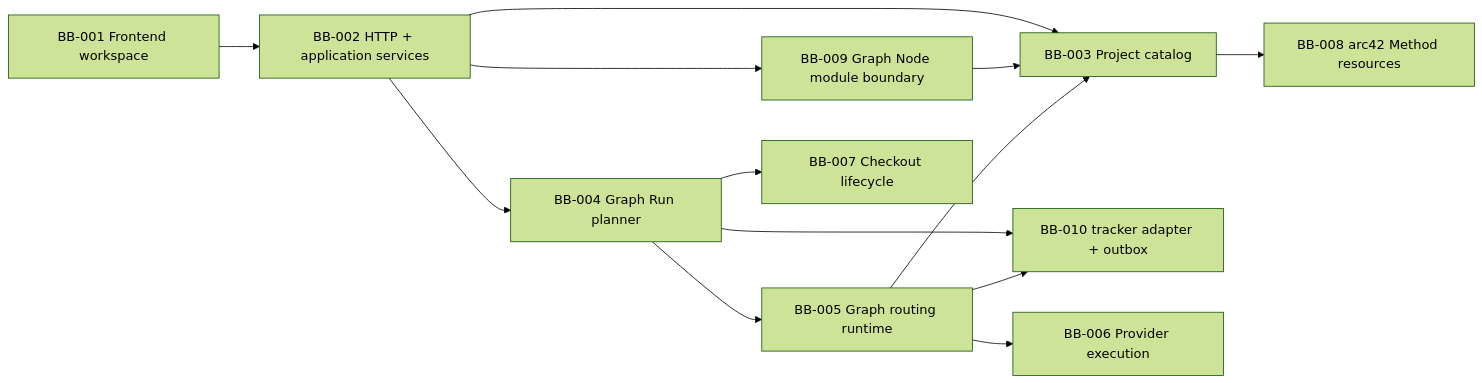
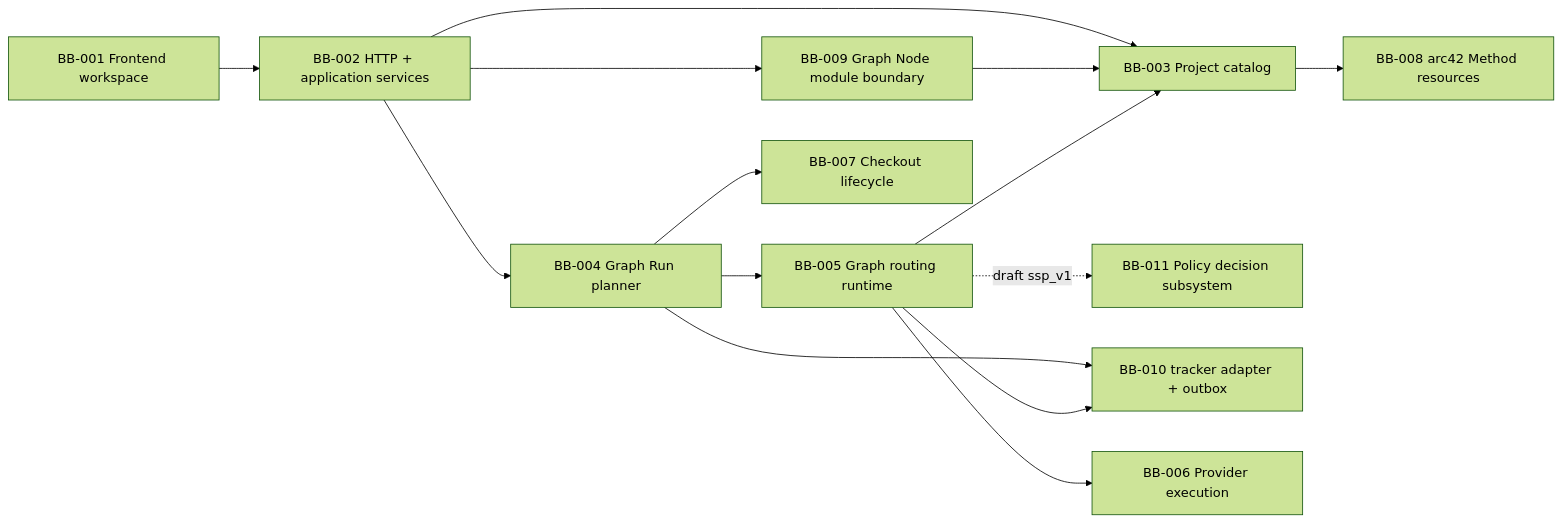
One commit to isinisalo/ballet changed the diagram in .ballet/arc42/05-building-block-view.md. Above: the diagram before and after it, drawn with Mermaid (forest theme). The commit also changed other lines of this file and 19 other files, not shown here.

````diff
--- a/.ballet/arc42/05-building-block-view.md
+++ b/.ballet/arc42/05-building-block-view.md
@@ -26,15 +26,16 @@
 ```mermaid
 flowchart LR
   ui["BB-001 Frontend workspace"] --> api["BB-002 HTTP + application services"]
   api --> catalog["BB-003 Project catalog"]
   api --> planner["BB-004 Graph Run planner"]
   api --> modules["BB-009 Graph Node module boundary"]
   planner --> runtime["BB-005 Graph routing runtime"]
+  runtime -. "draft ssp_v1" .-> policy["BB-011 Policy decision subsystem"]
   planner --> tracker["BB-010 tracker adapter + outbox"]
   runtime --> tracker
   runtime --> execution["BB-006 Provider execution"]
   planner --> lifecycle["BB-007 Checkout lifecycle"]
   catalog --> method["BB-008 arc42 Method resources"]
   modules --> catalog
   runtime --> catalog
 ```
````
